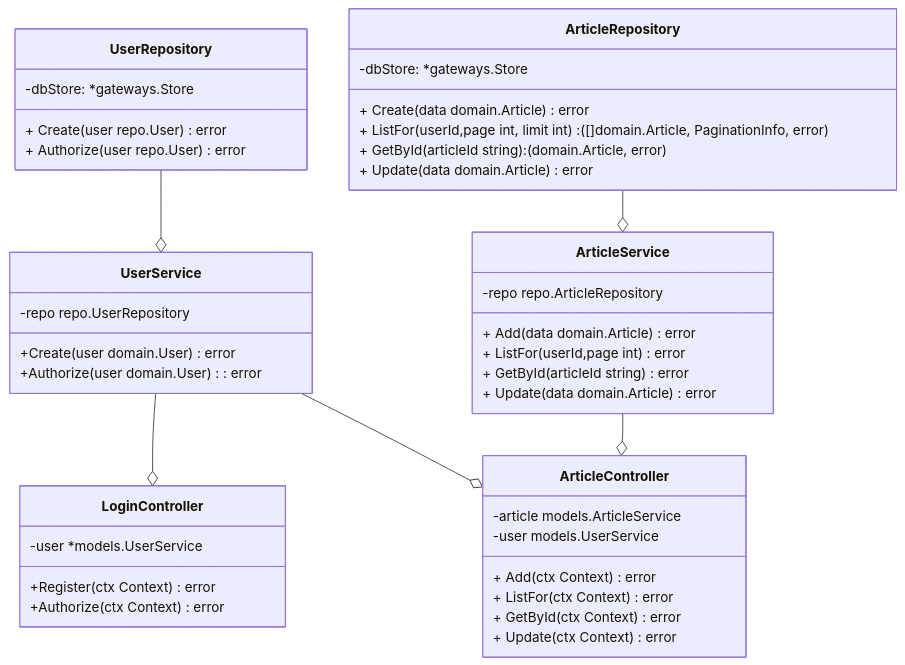
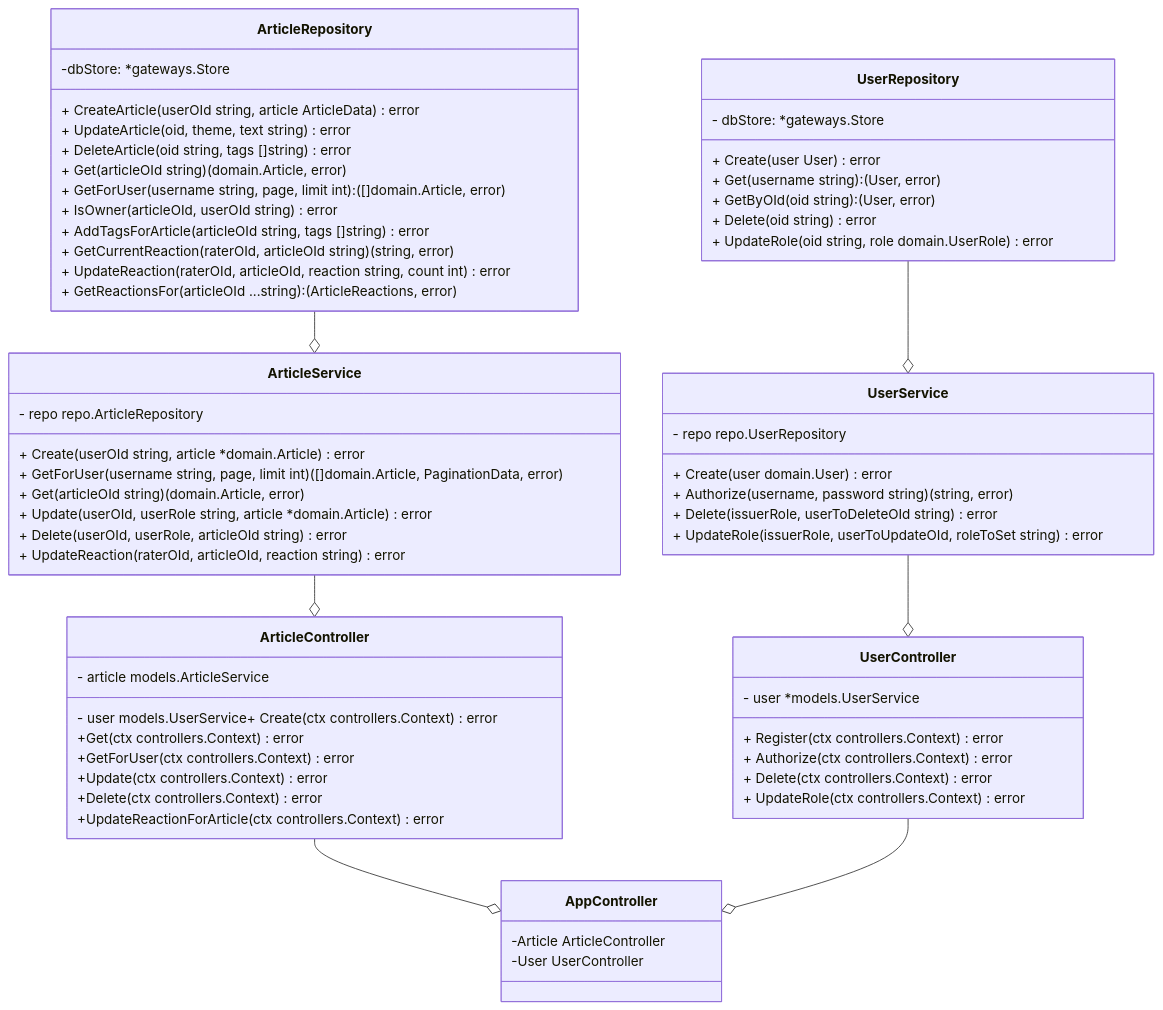
The first of 2 diagrams in README.md (boredgus/articles-api), drawn with Mermaid before and after one commit. The commit also changed other lines of this file and 50 other files, not shown here.

````diff
--- a/README.md
+++ b/README.md
@@ -2,49 +2,72 @@
 ```mermaid
 classDiagram
-    UserService --o LoginController
-    UserRepository --o UserService
+  UserService --o UserController
+  UserRepository --o UserService
 
-    class LoginController{
-      -user *models.UserService
-      +Register(ctx Context) error
-      +Authorize(ctx Context) error
-    }
-    class UserService{
-      -repo repo.UserRepository
-      +Create(user domain.User) error
-      +Authorize(user domain.User): error
-    }
-    class UserRepository{
-      -dbStore: *gateways.Store
-      + Create(user repo.User) error
-      + Authorize(user repo.User) error
-    }
+  class UserController{
+      - user *models.UserService
+      + Register(ctx controllers.Context) error
+      + Authorize(ctx controllers.Context) error
+      + Delete(ctx controllers.Context) error
+      + UpdateRole(ctx controllers.Context) error
+  }
+  class UserService{
+      - repo repo.UserRepository
+      + Create(user domain.User) error
+      + Authorize(username, password string) (string, error)
+      + Delete(issuerRole, userToDeleteOId string) error
+      + UpdateRole(issuerRole, userToUpdateOId, roleToSet string) error
+  }
+  class UserRepository{
+      - dbStore: *gateways.Store
+      + Create(user User) error
+      + Get(username string): (User, error)
+      + GetByOId(oid string): (User, error)
+      + Delete(oid string) error
+      + UpdateRole(oid string, role domain.UserRole) error
+  }
 
 
-    ArticleService --o ArticleController
-    UserService --o ArticleController
-    ArticleRepository --o ArticleService
-    class ArticleController{
-      -article models.ArticleService
-      -user models.UserService
-      + Add(ctx Context) error
-      + ListFor(ctx Context) error
-      + GetById(ctx Context) error
-      + Update(ctx Context) error
-    }
-    class ArticleService{
-      -repo repo.ArticleRepository
-      + Add(data domain.Article) error
-      + ListFor(userId,page int) error
-      + GetById(articleId string)  error
-      + Update(data domain.Article) error
-    }
-    class ArticleRepository{
-        -dbStore: *gateways.Store
-      + Create(data domain.Article) error
-      + ListFor(userId,page int, limit int) : ([]domain.Article, PaginationInfo, error)
-      + GetById(articleId string): (domain.Article, error)
-      + Update(data domain.Article) error
-    }
+  ArticleService --o ArticleController
+  ArticleRepository --o ArticleService
+  class ArticleController{
+      - article models.ArticleService
+      - user models.UserService+	Create(ctx controllers.Context) error
+      +	Get(ctx controllers.Context) error
+      +	GetForUser(ctx controllers.Context) error
+      +	Update(ctx controllers.Context) error
+      +	Delete(ctx controllers.Context) error
+      +	UpdateReactionForArticle(ctx controllers.Context) error
+  }
+  class ArticleService{
+      - repo repo.ArticleRepository
+      + Create(userOId string, article *domain.Article) error
+      + GetForUser(username string, page, limit int) ([]domain.Article, PaginationData, error)
+      + Get(articleOId string) (domain.Article, error)
+      + Update(userOId, userRole string, article *domain.Article) error
+      + Delete(userOId, userRole, articleOId string) error
+	    + UpdateReaction(raterOId, articleOId, reaction string) error
+  }
+  class ArticleRepository{
+      -dbStore: *gateways.Store
+      + CreateArticle(userOId string, article ArticleData) error
+      + UpdateArticle(oid, theme, text string) error
+      + DeleteArticle(oid string, tags []string) error
+      + Get(articleOId string) (domain.Article, error)
+      + GetForUser(username string, page, limit int): ([]domain.Article, error)
+      + IsOwner(articleOId, userOId string) error
+      + AddTagsForArticle(articleOId string, tags []string) error
 
+      + GetCurrentReaction(raterOId, articleOId string) (string, error)
+      + UpdateReaction(raterOId, articleOId, reaction string, count int) error
+      + GetReactionsFor(articleOId ...string): (ArticleReactions, error)
+  }
+
+
+  ArticleController --o AppController
+  UserController --o AppController
+    class AppController{
+    -Article ArticleController
+    -User UserController
+  }
 ```
````
